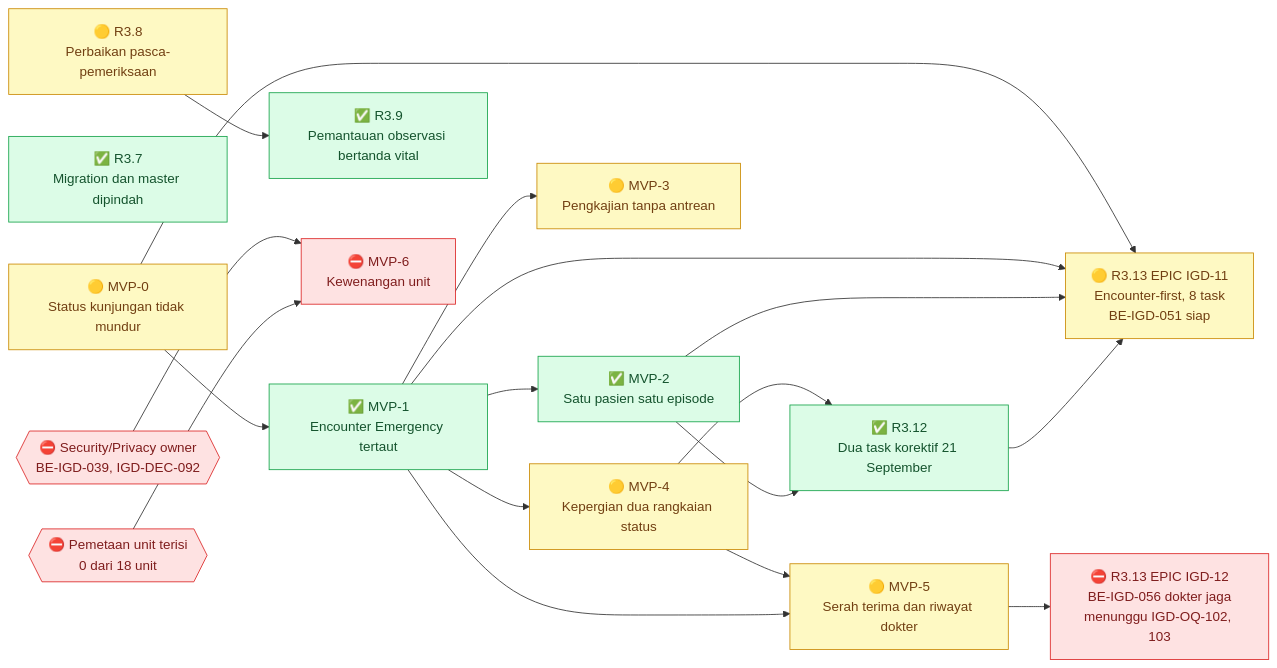
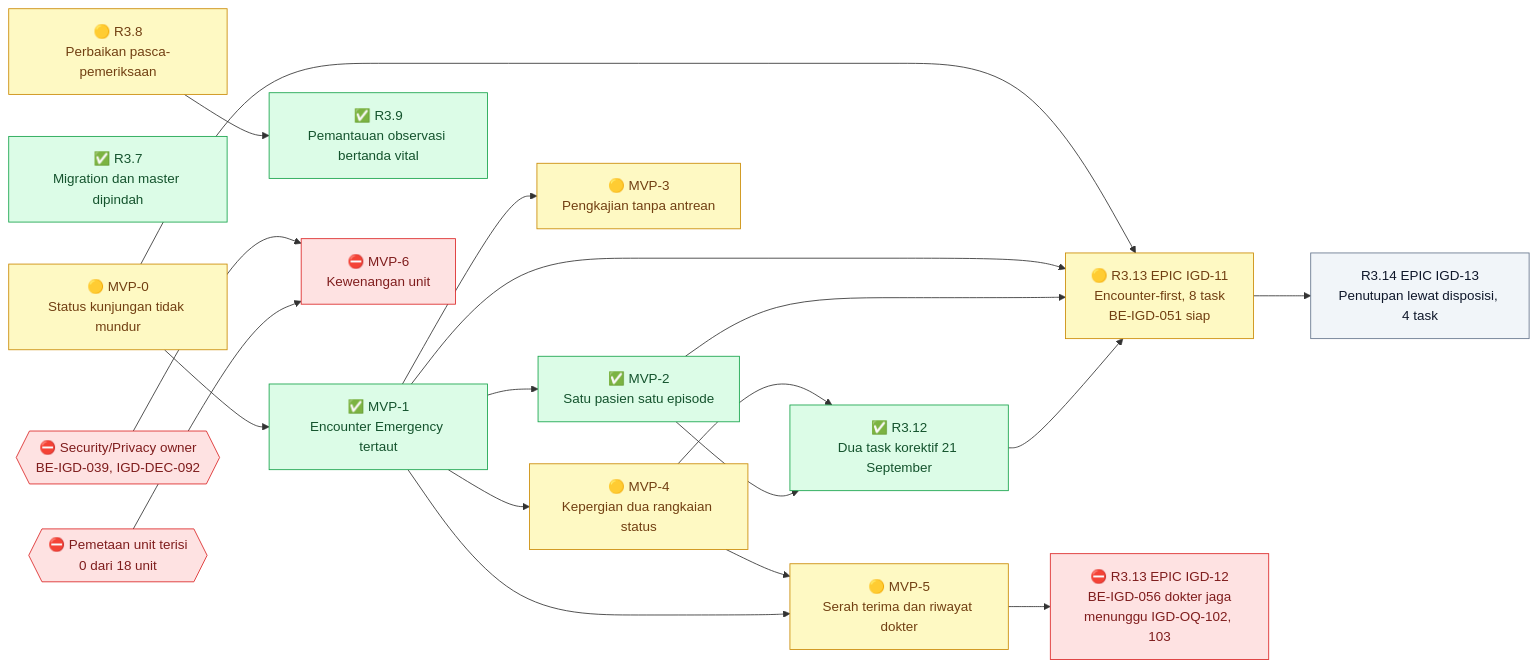
Before and after one commit to DevBenari/NewQuilvianSystemBackend: the first of 12 diagrams in docs/module-blueprints/igd/roadmap/backend-roadmap.md, drawn with Mermaid. The commit also changed other lines of this file and 17 other files, not shown here.

````diff
--- a/docs/module-blueprints/igd/roadmap/backend-roadmap.md
+++ b/docs/module-blueprints/igd/roadmap/backend-roadmap.md
@@ -109,41 +110,43 @@
 ```mermaid
 flowchart LR
     classDef selesai fill:#DCFCE7,stroke:#16A34A,color:#14532D
     classDef sebagian fill:#FEF9C3,stroke:#CA8A04,color:#713F12
     classDef terblokir fill:#FEE2E2,stroke:#DC2626,color:#7F1D1D
     classDef belum fill:#F1F5F9,stroke:#64748B,color:#0F172A
     classDef luar fill:#EDE9FE,stroke:#7C3AED,color:#3B0764
 
     MVP0["🟡 MVP-0<br/>Status kunjungan tidak mundur"]:::sebagian
     MVP1["✅ MVP-1<br/>Encounter Emergency tertaut"]:::selesai
     MVP2["✅ MVP-2<br/>Satu pasien satu episode"]:::selesai
     MVP3["🟡 MVP-3<br/>Pengkajian tanpa antrean"]:::sebagian
     MVP4["🟡 MVP-4<br/>Kepergian dua rangkaian status"]:::sebagian
     MVP5["🟡 MVP-5<br/>Serah terima dan riwayat dokter"]:::sebagian
     R37["✅ R3.7<br/>Migration dan master dipindah"]:::selesai
     R38["🟡 R3.8<br/>Perbaikan pasca-pemeriksaan"]:::sebagian
     R39["✅ R3.9<br/>Pemantauan observasi bertanda vital"]:::selesai
     R312["✅ R3.12<br/>Dua task korektif 21 September"]:::selesai
     R313["🟡 R3.13 EPIC IGD-11<br/>Encounter-first, 8 task<br/>BE-IGD-051 siap"]:::sebagian
     R313S7["⛔ R3.13 EPIC IGD-12<br/>BE-IGD-056 dokter jaga<br/>menunggu IGD-OQ-102, 103"]:::terblokir
+    R314["R3.14 EPIC IGD-13<br/>Penutupan lewat disposisi, 4 task"]:::belum
     MVP6["⛔ MVP-6<br/>Kewenangan unit"]:::terblokir
     SEC{{"⛔ Security/Privacy owner<br/>BE-IGD-039, IGD-DEC-092"}}:::terblokir
     MAP{{"⛔ Pemetaan unit terisi<br/>0 dari 18 unit"}}:::terblokir
 
     MVP0 --> MVP1
     MVP1 --> MVP2
     MVP1 --> MVP3
     MVP1 --> MVP4
     MVP4 --> MVP5
     MVP1 --> MVP5
     MVP4 --> R312
     MVP2 --> R312
     MVP0 --> R313
     MVP1 --> R313
     MVP2 --> R313
     MVP5 --> R313S7
     R312 --> R313
+    R313 --> R314
     SEC --> MVP6
     MAP --> MVP6
     R38 --> R39
 ```
````
